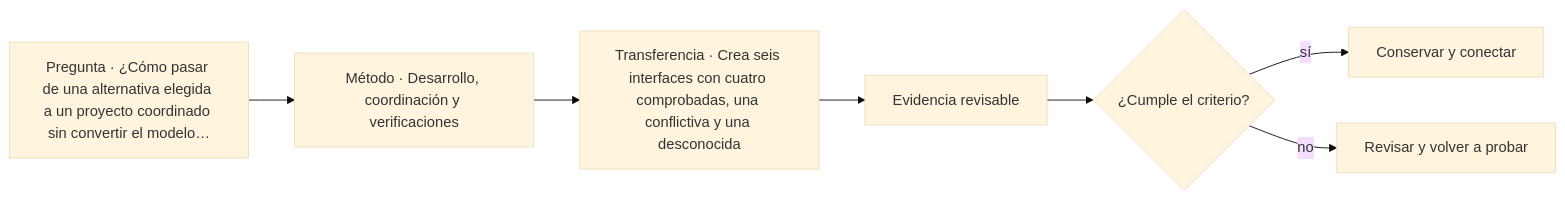
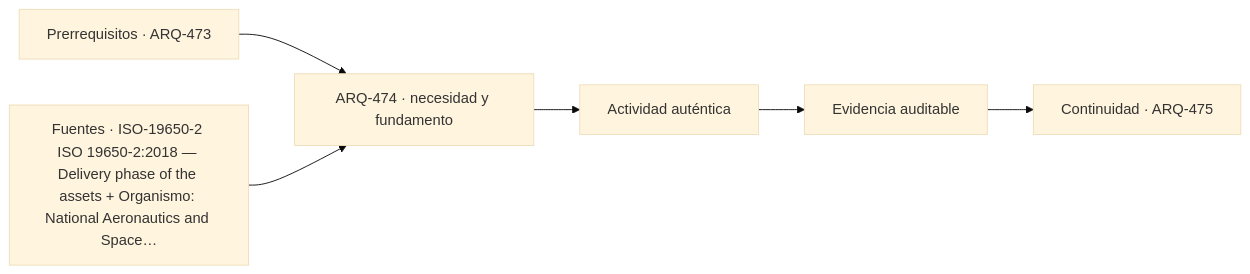
One commit to vladimiracunadev-create/architecture-built-environment-learning-program changed the diagram in classes/parte-48/ARQ-474.md. Above: the diagram before and after it, drawn with Mermaid (base theme). The commit also changed other lines of this file and 761 other files, not shown here.

````diff
--- a/classes/parte-48/ARQ-474.md
+++ b/classes/parte-48/ARQ-474.md
@@ -75,9 +87,8 @@
 ```mermaid
 flowchart LR
-    Q["Pregunta · ¿Cómo pasar de una alternativa elegida a un proyecto coordinado sin convertir el modelo…"] --> M["Método · Desarrollo, coordinación y verificaciones"]
-    M --> P["Transferencia · Crea seis interfaces con cuatro comprobadas, una conflictiva y una desconocida"]
-    P --> E["Evidencia revisable"]
-    E --> C{"¿Cumple el criterio?"}
-    C -->|sí| T["Conservar y conectar"]
-    C -->|no| R["Revisar y volver a probar"]
+    A["Prerrequisitos · ARQ-473"] --> B["ARQ-474 · necesidad y fundamento"]
+    S["Fuentes · ISO-19650-2 ISO 19650-2:2018 — Delivery phase of the assets + Organismo: National Aeronautics and Space…"] --> B
+    B --> C["Actividad auténtica"]
+    C --> D["Evidencia auditable"]
+    D --> E["Continuidad · ARQ-475"]
 ```
````
